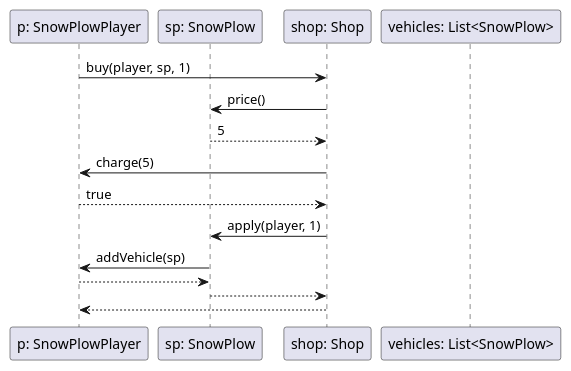
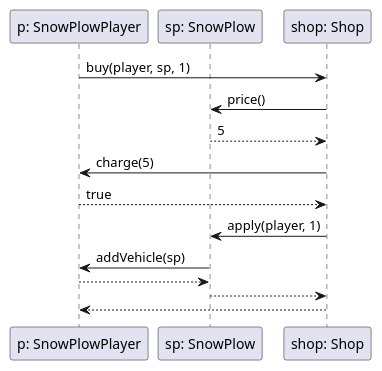
The diagram in docs/analizis1/sequence/shopbuysnowplow.plantuml (uhrinandor/spring), drawn with PlantUML before and after one commit.

Commit message:
shop_sp javitasa

```diff
--- a/docs/analizis1/sequence/shopbuysnowplow.plantuml
+++ b/docs/analizis1/sequence/shopbuysnowplow.plantuml
@@ -1,19 +1,19 @@
 @startuml buyFromShop
 
 participant "p: SnowPlowPlayer" as player
 participant "sp: SnowPlow" as sp
 participant "shop: Shop" as shop
-participant "vehicles: List<SnowPlow>" as vehicleList
+
 
 player -> shop: buy(player, sp, 1)
 shop -> sp: price()
 sp --> shop: 5
 shop -> player: charge(5)
 player --> shop: true
 shop -> sp: apply(player, 1)
 sp -> player: addVehicle(sp)
 player --> sp
 sp --> shop
 shop --> player
 
 @enduml
```
